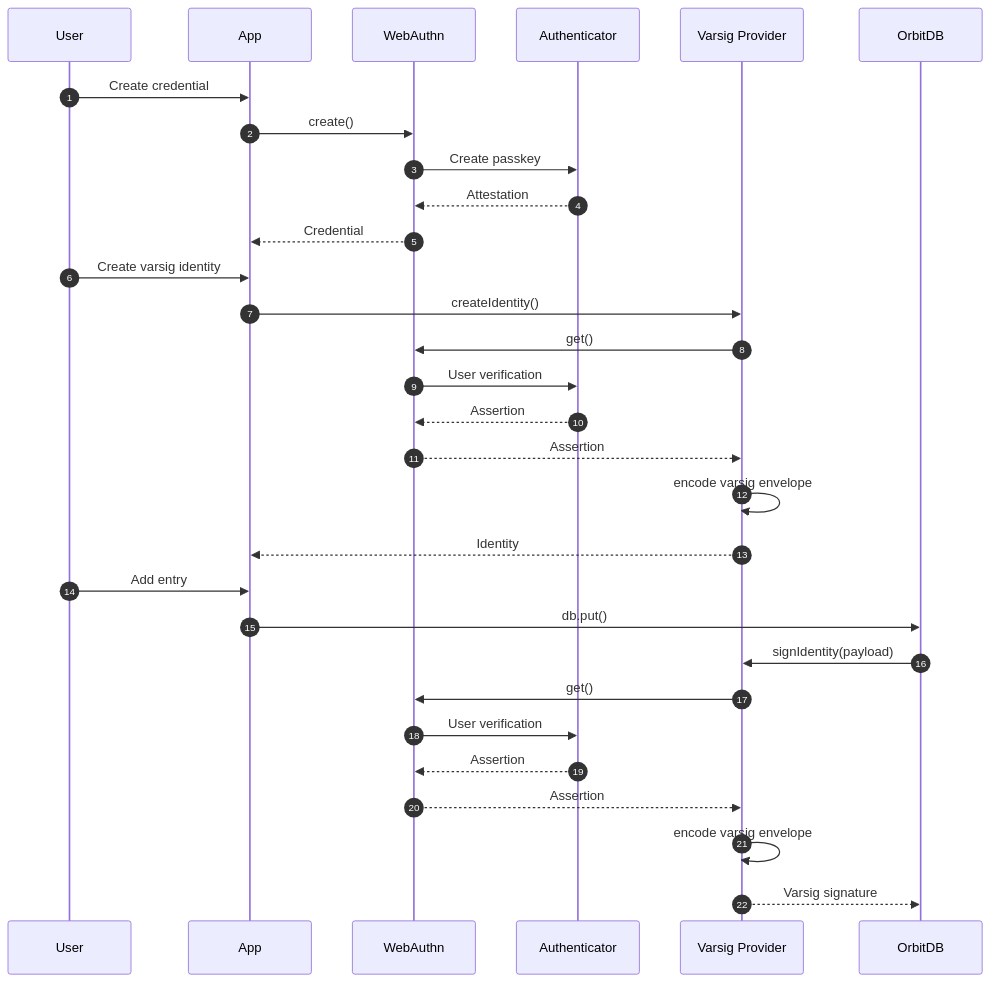
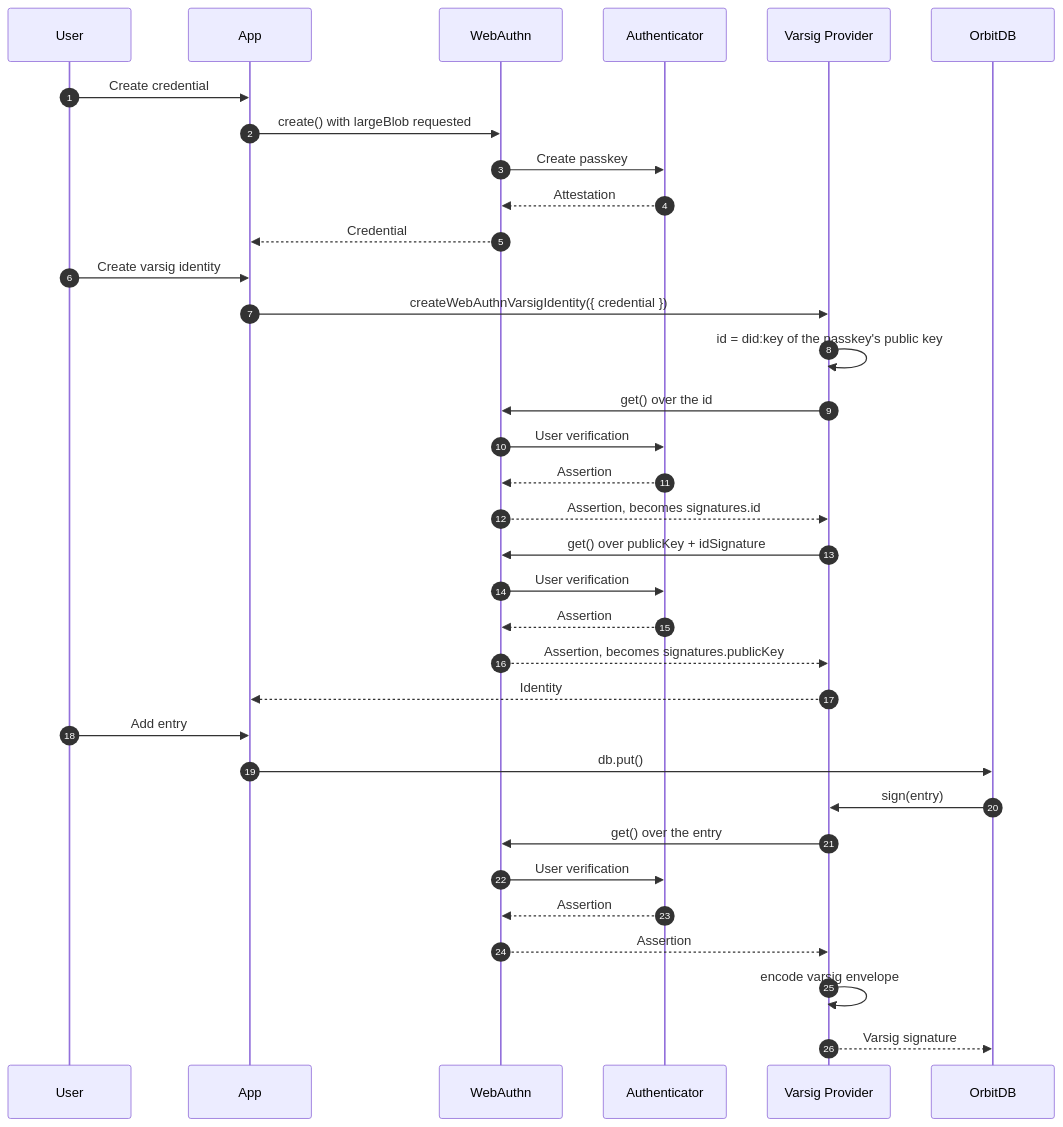
One commit to Le-Space/orbitdb-identity-provider-webauthn-did changed the second of 2 diagrams in README.md. Above: the diagram before and after it, drawn with Mermaid. The commit also changed other lines of this file and 3 other files, not shown here.

````diff
--- a/README.md
+++ b/README.md
@@ -266,35 +283,39 @@
 ```mermaid
 sequenceDiagram
   autonumber
   participant User
   participant App
   participant WebAuthn
   participant Auth as Authenticator
   participant Var as Varsig Provider
   participant DB as OrbitDB
 
   User->>App: Create credential
-  App->>WebAuthn: create()
+  App->>WebAuthn: create() with largeBlob requested
   WebAuthn->>Auth: Create passkey
   Auth-->>WebAuthn: Attestation
   WebAuthn-->>App: Credential
 
   User->>App: Create varsig identity
-  App->>Var: createIdentity()
-  Var->>WebAuthn: get()
+  App->>Var: createWebAuthnVarsigIdentity({ credential })
+  Var->>Var: id = did:key of the passkey's public key
+  Var->>WebAuthn: get() over the id
   WebAuthn->>Auth: User verification
   Auth-->>WebAuthn: Assertion
-  WebAuthn-->>Var: Assertion
-  Var->>Var: encode varsig envelope
+  WebAuthn-->>Var: Assertion, becomes signatures.id
+  Var->>WebAuthn: get() over publicKey + idSignature
+  WebAuthn->>Auth: User verification
+  Auth-->>WebAuthn: Assertion
+  WebAuthn-->>Var: Assertion, becomes signatures.publicKey
   Var-->>App: Identity
 
   User->>App: Add entry
   App->>DB: db.put()
-  DB->>Var: signIdentity(payload)
-  Var->>WebAuthn: get()
+  DB->>Var: sign(entry)
+  Var->>WebAuthn: get() over the entry
   WebAuthn->>Auth: User verification
   Auth-->>WebAuthn: Assertion
   WebAuthn-->>Var: Assertion
   Var->>Var: encode varsig envelope
   Var-->>DB: Varsig signature
 ```
````
